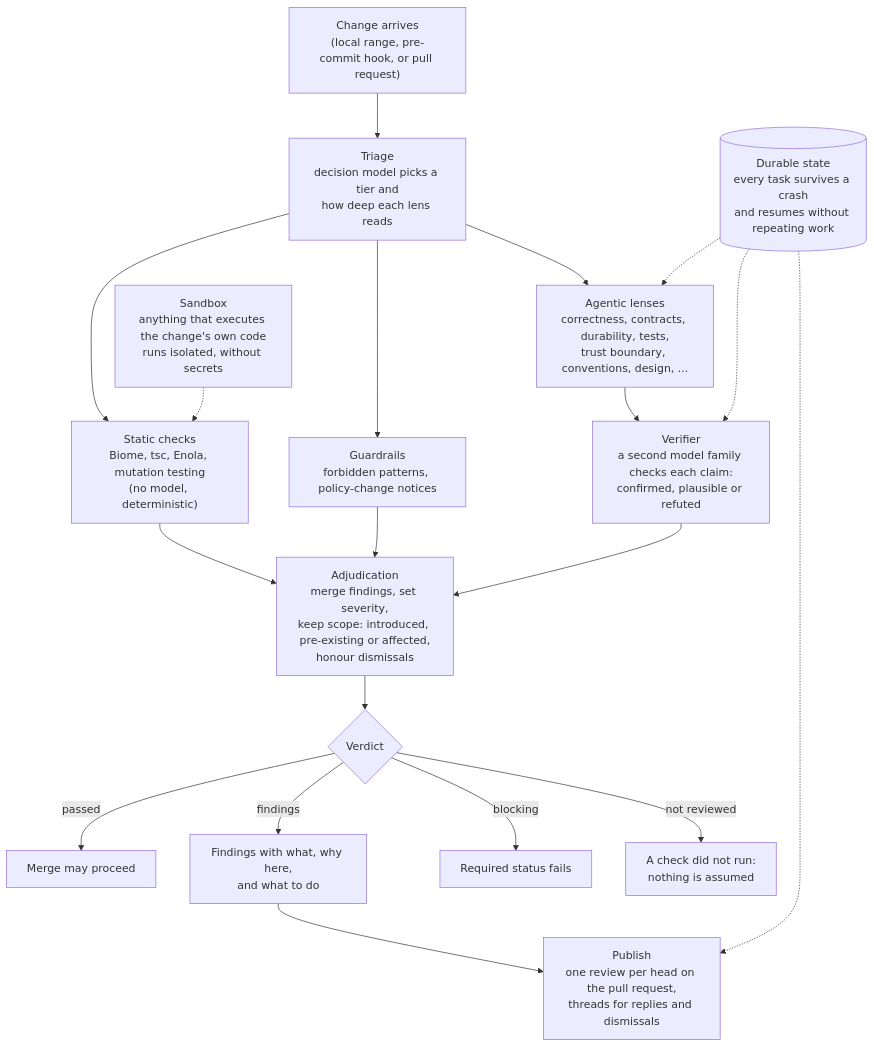
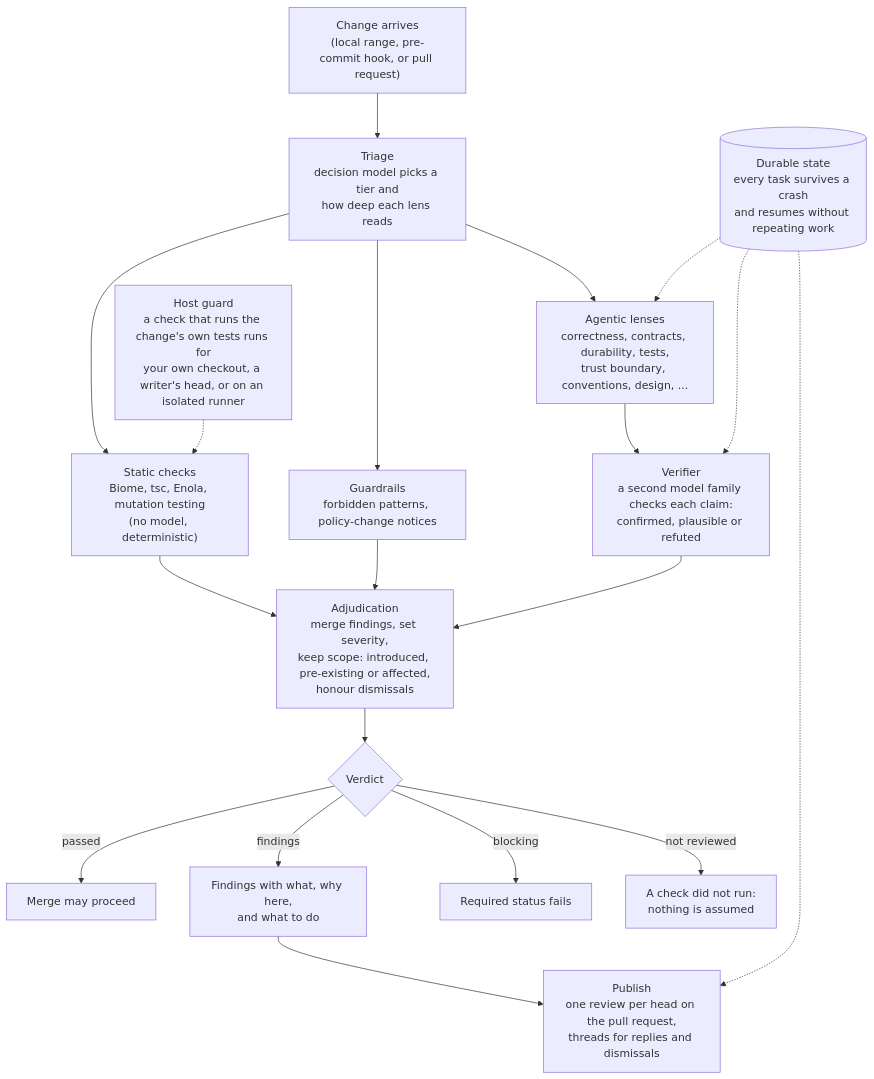
The diagram in README.md (melian-agent/melian), drawn with Mermaid before and after one commit. The commit also changed other lines of this file and 144 other files, not shown here.

````diff
--- a/README.md
+++ b/README.md
@@ -44,22 +44,22 @@
 ```mermaid
 flowchart TD
     A["Change arrives<br/>(local range, pre-commit hook, or pull request)"] --> B["Triage<br/>decision model picks a tier and<br/>how deep each lens reads"]
     B --> C["Static checks<br/>Biome, tsc, Enola, mutation testing<br/>(no model, deterministic)"]
     B --> D["Guardrails<br/>forbidden patterns, policy-change notices"]
     B --> E["Agentic lenses<br/>correctness, contracts, durability, tests,<br/>trust boundary, conventions, design, ..."]
     E --> F["Verifier<br/>a second model family checks each claim:<br/>confirmed, plausible or refuted"]
     C --> G["Adjudication<br/>merge findings, set severity,<br/>keep scope: introduced, pre-existing or affected,<br/>honour dismissals"]
     D --> G
     F --> G
     G --> H{"Verdict"}
     H -->|passed| I["Merge may proceed"]
     H -->|findings| J["Findings with what, why here,<br/>and what to do"]
     H -->|blocking| K["Required status fails"]
     H -->|not reviewed| L["A check did not run:<br/>nothing is assumed"]
     J --> M["Publish<br/>one review per head on the pull request,<br/>threads for replies and dismissals"]
 
     S[("Durable state<br/>every task survives a crash<br/>and resumes without repeating work")] -.-> E
     S -.-> F
     S -.-> M
-    T["Sandbox<br/>anything that executes the change's own code<br/>runs isolated, without secrets"] -.-> C
+    T["Host guard<br/>a check that runs the change's own tests runs for<br/>your own checkout, a writer's head, or on an isolated runner"] -.-> C
 ```
````
